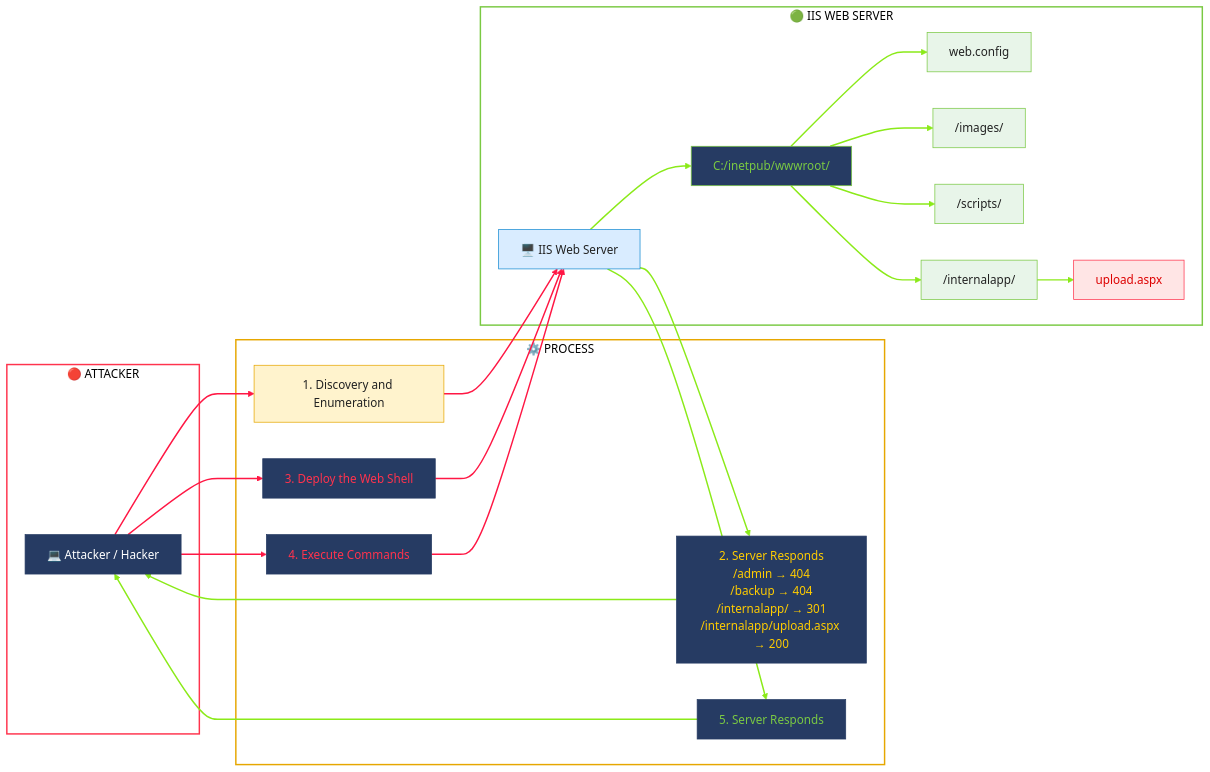
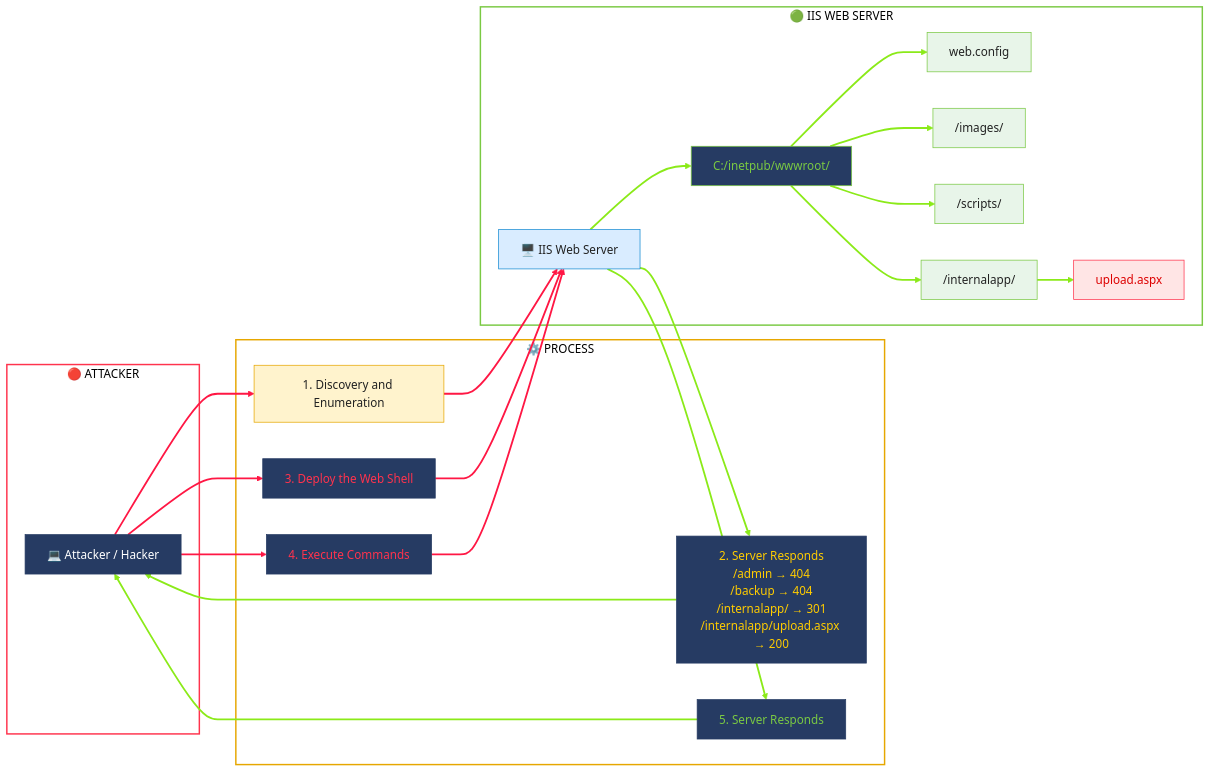
The diagram in 01-Active-Directory/Initial-Access-Investigation.md (farizrepo/soc), drawn with Mermaid before and after one commit.

````diff
--- a/01-Active-Directory/Initial-Access-Investigation.md
+++ b/01-Active-Directory/Initial-Access-Investigation.md
@@ -4,69 +4,69 @@
 ```mermaid
 graph LR;
 subgraph ATTACKER["🔴 ATTACKER"]
         A["💻 Attacker / Hacker"]
     end
 
     subgraph PROCESS["⚙️ PROCESS"]
         P1["1. Discovery and Enumeration"]
         P2["2. Server Responds<br/>/admin → 404<br/>/backup → 404<br/>/internalapp/ → 301<br/>/internalapp/upload.aspx → 200"]
         P3["3. Deploy the Web Shell"]
         P4["4. Execute Commands"]
         P5["5. Server Responds"]
     end
 
     subgraph SERVER["🟢 IIS WEB SERVER"]
         S1["🖥️ IIS Web Server"]
         S2["C:/inetpub/wwwroot/"]
         S3["web.config"]
         S4["/images/"]
         S5["/scripts/"]
         S6["/internalapp/"]
         S7["upload.aspx"]
 
         S1 --> S2
         S2 --> S3
         S2 --> S4
         S2 --> S5
         S2 --> S6
         S6 --> S7
     end
 
     A --> P1
     P1 --> S1
     S1 --> P2
     P2 --> A
     A --> P3
     P3 --> S1
     A --> P4
     P4 --> S1
     S1 --> P5
     P5 --> A
 
     %% BOX COLORS
     style ATTACKER fill:#ffffff,stroke:#ff334d,stroke-width:2px,color:#000
     style PROCESS fill:#ffffff,stroke:#e6a700,stroke-width:2px,color:#000
     style SERVER fill:#ffffff,stroke:#7ac943,stroke-width:2px,color:#000
 
     %% NODE COLORS
     style A fill:#263b63,color:#ffffff,stroke:#263b63
     style P1 fill:#fff3cd,color:#222,stroke:#e6a700
     style P2 fill:#263b63,color:#ffcc00,stroke:#263b63
     style P3 fill:#263b63,color:#ff334d,stroke:#263b63
     style P4 fill:#263b63,color:#ff334d,stroke:#263b63
     style P5 fill:#263b63,color:#7ac943,stroke:#263b63
 
     style S1 fill:#d9ecff,color:#222,stroke:#168bd2
     style S2 fill:#263b63,color:#7ac943,stroke:#7ac943
     style S3 fill:#e8f5e9,color:#222,stroke:#7ac943
     style S4 fill:#e8f5e9,color:#222,stroke:#7ac943
     style S5 fill:#e8f5e9,color:#222,stroke:#7ac943
     style S6 fill:#e8f5e9,color:#222,stroke:#7ac943
     style S7 fill:#ffe5e5,color:#d00,stroke:#ff334d
 
     %% DIRECTORY TREE - GREEN
-    linkStyle 0,1,2,3,4,5,8,9,14,15 stroke:#8bea19,stroke-width:2px
+    linkStyle 0,1,2,3,4,5,8,9,14,15 stroke:#8bea19,stroke-width:2.5px
 
     %% REQUEST FLOW - RED
-    linkStyle 6,7,10,11,12,13 stroke:#ff1744,stroke-width:2px
+    linkStyle 6,7,10,11,12,13 stroke:#ff1744,stroke-width:2.5px
 ```
````
